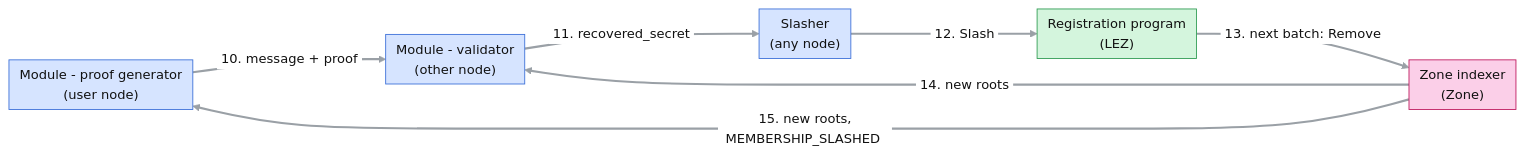
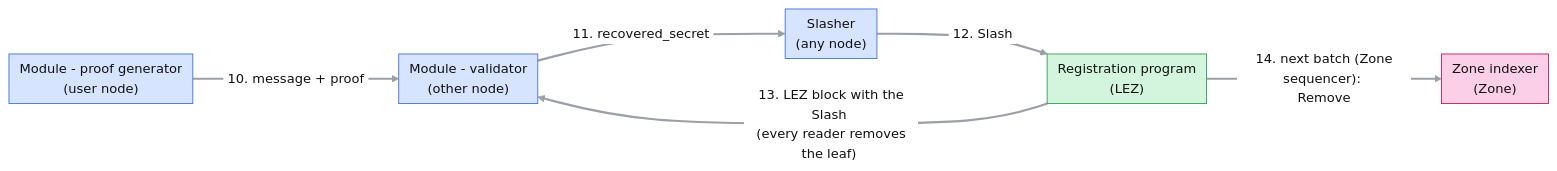
One commit to logos-co/logos-rln-membership-zone changed the second of 5 diagrams in docs/rfc-rln-membership-zone.md. Above: the diagram before and after it, drawn with Mermaid. The commit also changed other lines of this file, not shown here.

Commit message:
docs: rewrite the RFC around Modules deriving the tree from LEZ

````diff
--- a/docs/rfc-rln-membership-zone.md
+++ b/docs/rfc-rln-membership-zone.md
@@ -195,18 +197,17 @@
 ```mermaid
-%%{init: {"theme": "base", "flowchart": {"nodeSpacing": 40, "rankSpacing": 55, "padding": 6}, "themeVariables": {"lineColor": "#9aa0a6", "primaryTextColor": "#111111", "edgeLabelBackground": "#ffffff", "fontSize": "15px"}, "themeCSS": "marker { overflow: visible; } .arrowMarkerPath { transform: scale(1.7); transform-origin: 5px 5px; } .edgeLabel, .edgeLabel p, .edgeLabel span { font-size: 12px; line-height: 1.2; }"}}%%
+%%{init: {"theme": "base", "flowchart": {"curve": "basis", "nodeSpacing": 40, "rankSpacing": 70, "padding": 6}, "themeVariables": {"lineColor": "#9aa0a6", "primaryTextColor": "#111111", "edgeLabelBackground": "#ffffff", "fontSize": "15px"}, "themeCSS": "marker { overflow: visible; } .arrowMarkerPath { transform: scale(1.7); transform-origin: 5px 5px; } .edgeLabel, .edgeLabel p, .edgeLabel span { font-size: 12px; line-height: 1.2; }"}}%%
 flowchart LR
     SND["Module - proof generator<br/>(user node)"] -->|"#nbsp;10. message + proof#nbsp;"| VAL["Module - validator<br/>(other node)"]
     VAL -->|"#nbsp;11. recovered_secret#nbsp;"| SL["Slasher<br/>(any node)"]
     SL -->|"#nbsp;12. Slash#nbsp;"| PROG["Registration program<br/>(LEZ)"]
-    PROG -->|"#nbsp;13. next batch: Remove#nbsp;"| IDX["Zone indexer<br/>(Zone)"]
-    IDX -->|"#nbsp;14. new roots#nbsp;"| VAL
-    IDX -->|"#nbsp;15. new roots, MEMBERSHIP_SLASHED#nbsp;"| SND
+    PROG -->|"#nbsp;13. LEZ block with the Slash#nbsp;<br/>#nbsp;(every reader removes the leaf)#nbsp;"| VAL
+    PROG -->|"#nbsp;14. next batch (Zone sequencer):#nbsp;<br/>#nbsp;Remove#nbsp;"| IDX["Zone indexer<br/>(Zone)"]
     linkStyle default stroke-width:2.5px
 
     classDef user fill:#d6e4ff,stroke:#3b6fd8,color:#111111
     classDef lez fill:#d4f5dd,stroke:#2e9b52,color:#111111
     classDef zone fill:#fbcfe8,stroke:#be185d,color:#111111
     class SND,VAL,SL user
     class PROG lez
     class IDX zone
 ```
````
